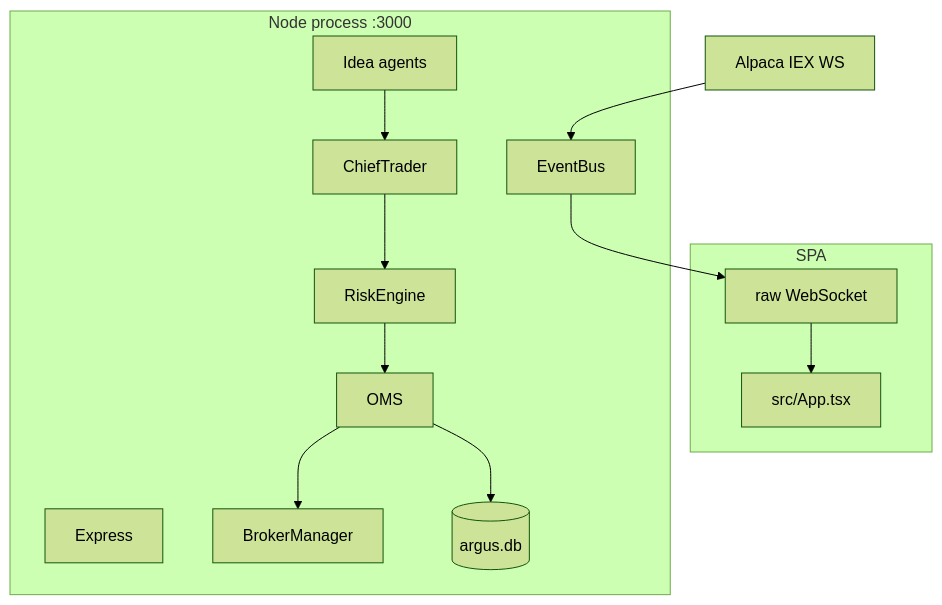
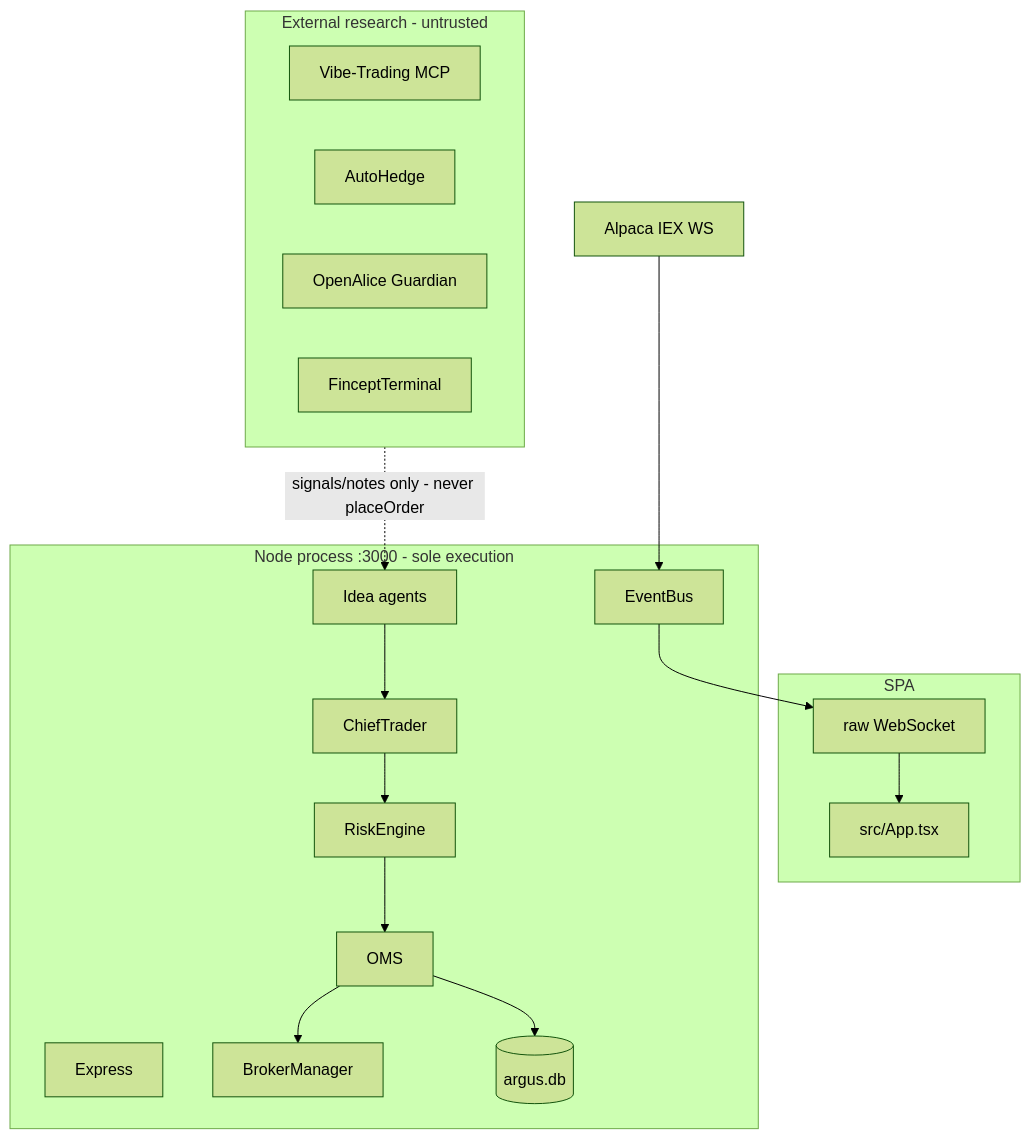
Before and after one commit to Arulpiruthiviraj/Multi-Agent-AI-Trading-Platform: the first of 2 diagrams in docs/knowledge-transfer/02_ARGUS_ARCHITECTURE.md, drawn with Mermaid (forest theme). The commit also changed other lines of this file and 49 other files, not shown here.

````diff
--- a/docs/knowledge-transfer/02_ARGUS_ARCHITECTURE.md
+++ b/docs/knowledge-transfer/02_ARGUS_ARCHITECTURE.md
@@ -5,22 +7,29 @@
 ```mermaid
 flowchart TB
+  subgraph research [External research - untrusted]
+    Vibe[Vibe-Trading MCP]
+    AH[AutoHedge]
+    OA[OpenAlice Guardian]
+    Fincept[FinceptTerminal]
+  end
   subgraph ui [SPA]
     App[src/App.tsx]
     WS[raw WebSocket]
   end
-  subgraph node [Node process :3000]
+  subgraph node [Node process :3000 - sole execution]
     Express
     EventBus
     Agents[Idea agents]
     Chief[ChiefTrader]
     Risk[RiskEngine]
     OMS
     BM[BrokerManager]
     SQLite[(argus.db)]
   end
   AlpacaWS[Alpaca IEX WS]
   AlpacaWS --> EventBus
   Agents --> Chief --> Risk --> OMS --> BM
   EventBus --> WS --> App
   OMS --> SQLite
+  research -.->|signals/notes only - never placeOrder| Agents
 ```
````
